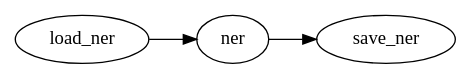
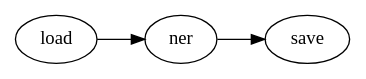
The diagram in dag-tasks/ner.dot (LBONTEN/Analysis-ML2Grow), drawn with Graphviz before and after one commit. The commit also changed 10 other files, not shown here.

```diff
--- a/dag-tasks/ner.dot
+++ b/dag-tasks/ner.dot
@@ -1,6 +1,6 @@
 digraph {
     rankdir=LR
     
-    load_ner -> ner
-    ner -> save_ner
+    load -> ner
+    ner -> save
 }
```
